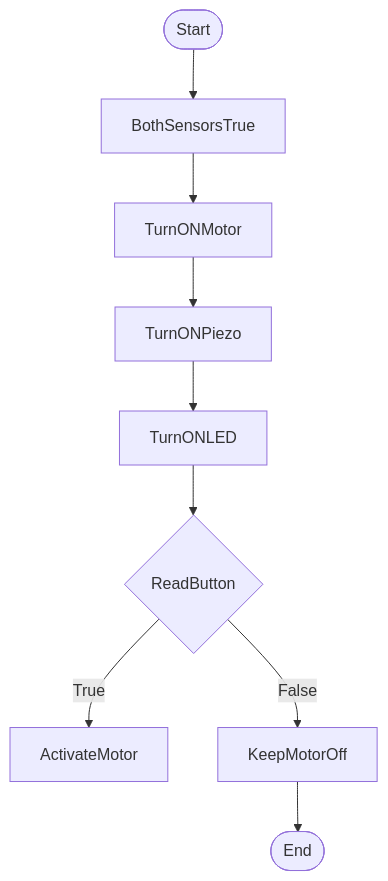
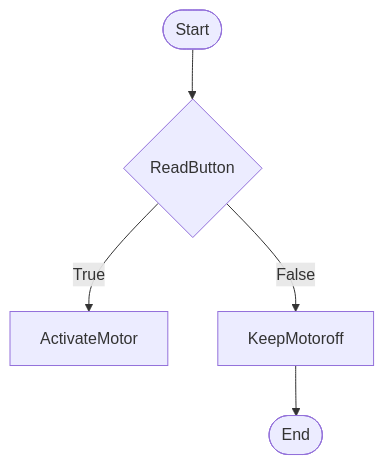
Before and after one commit to 0347846/ElectronicsBoard: the third of 5 diagrams in logic.md, drawn with Mermaid. The commit also changed other lines of this file, not shown here.

Commit message:
Flow Chart Final

````diff
--- a/logic.md
+++ b/logic.md
@@ -16,15 +28,11 @@
 ``` mermaid
 flowchart TD
 terminalStart([Start])
 terminalEnd([End])
-terminalStart --> BothSensorsTrue
---> TurnONMotor
---> TurnONPiezo
---> TurnONLED
--->
-ButtonActivate{ReadButton}
+terminalStart --> ButtonActivate{ReadButton}
 ButtonActivate --> |True| ActivateMotor
-ButtonActivate --> |False| KeepMotorOff
+ButtonActivate --> |False| KeepMotoroff
 -->terminalEnd
 
+
 ```
````
